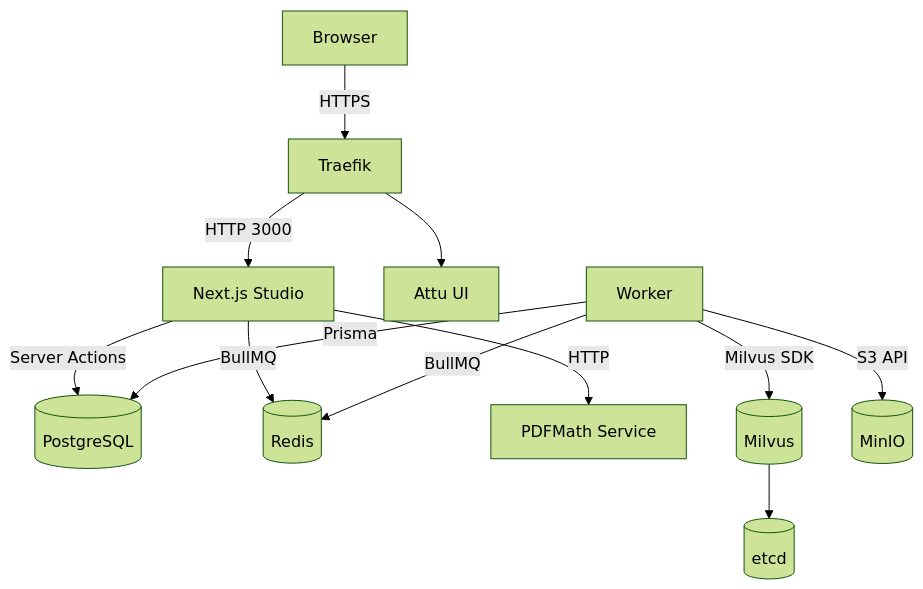
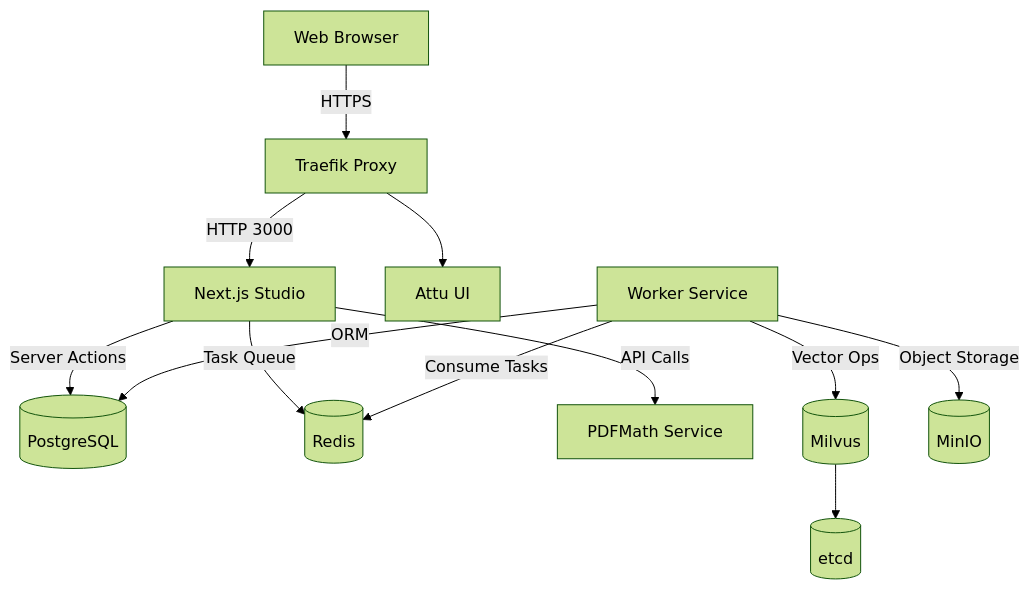
The diagram in README.md (hint-lab/deeptrans-studio), drawn with Mermaid (forest theme) before and after one commit. The commit also changed other lines of this file and 5 other files, not shown here.

````diff
--- a/README.md
+++ b/README.md
@@ -74,14 +65,14 @@
 ```mermaid
 graph TD
-    Browser -->|HTTPS| Traefik
+    Browser[Web Browser] -->|HTTPS| Traefik[Traefik Proxy]
     Traefik -->|HTTP 3000| Studio[Next.js Studio]
     Traefik --> Attu[Attu UI]
     Studio -->|Server Actions| Postgres[(PostgreSQL)]
-    Studio -->|BullMQ| Redis[(Redis)]
-    Studio -->|HTTP| PDFMath[PDFMath Service]
-    Worker -->|BullMQ| Redis
-    Worker -->|Prisma| Postgres
-    Worker -->|Milvus SDK| Milvus[(Milvus)]
-    Worker -->|S3 API| MinIO[(MinIO)]
+    Studio -->|Task Queue| Redis[(Redis)]
+    Studio -->|API Calls| PDFMath[PDFMath Service]
+    Worker[Worker Service] -->|Consume Tasks| Redis
+    Worker -->|ORM| Postgres
+    Worker -->|Vector Ops| Milvus[(Milvus)]
+    Worker -->|Object Storage| MinIO[(MinIO)]
     Milvus --> etcd[(etcd)]
 ```
````
